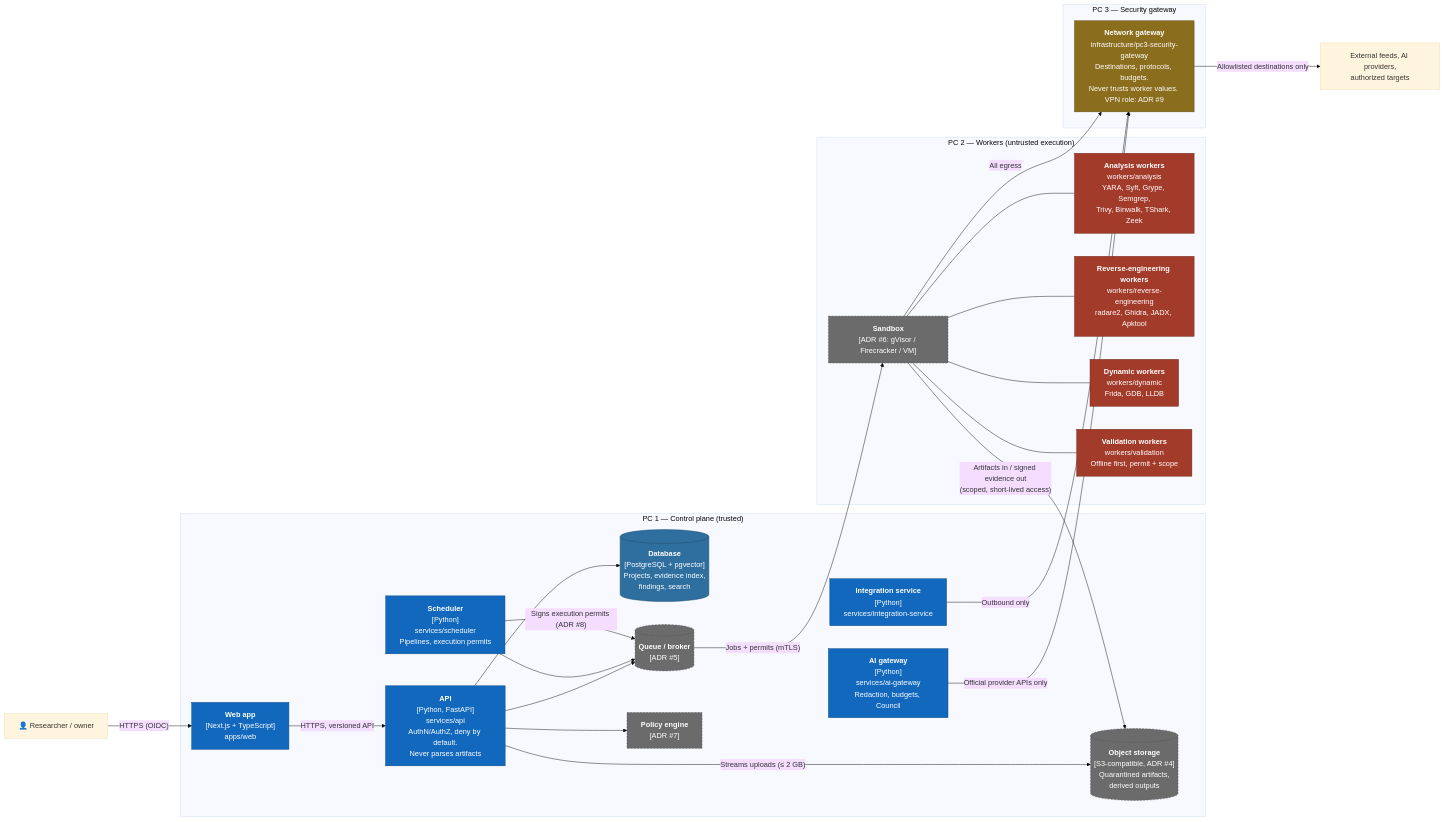
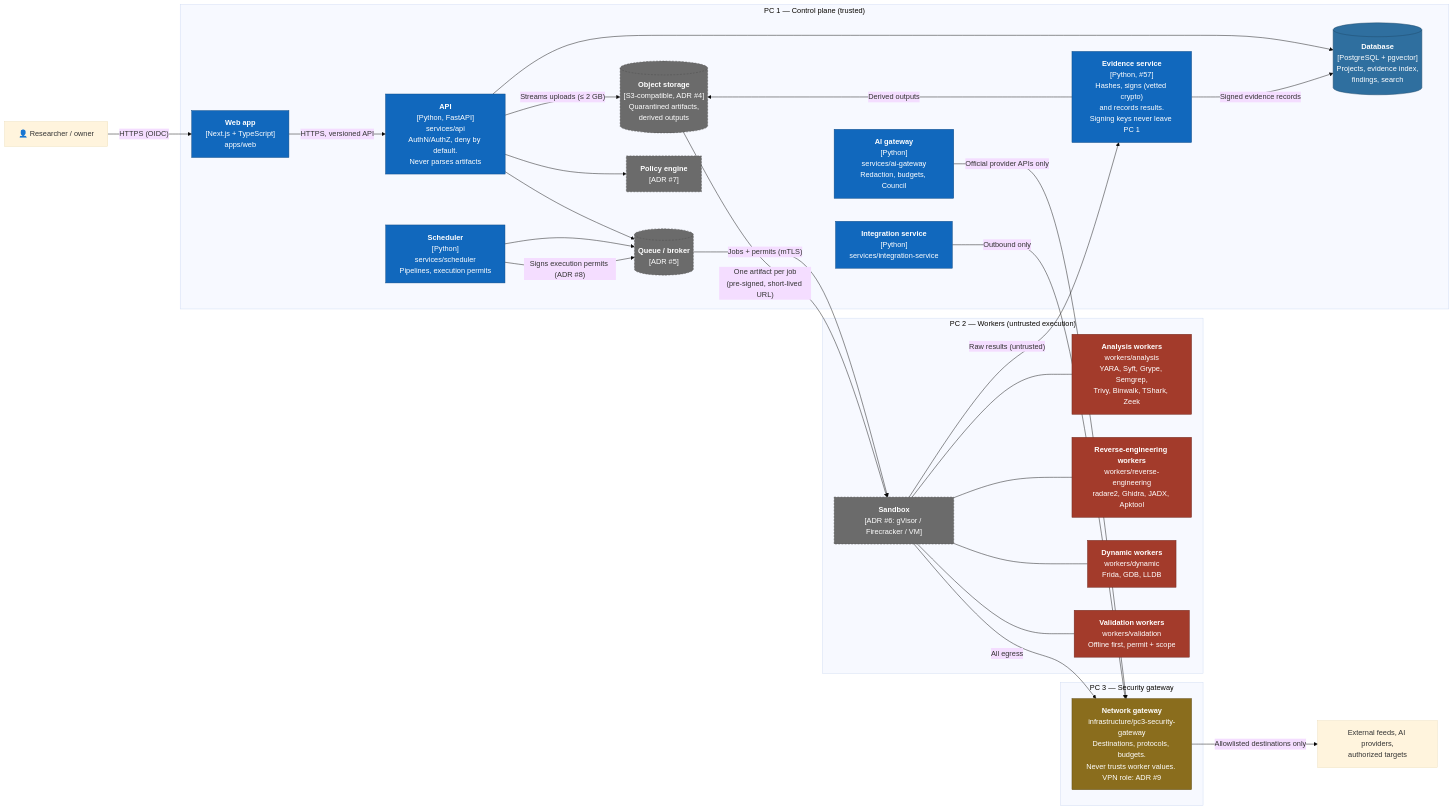
Before and after one commit to affan80/REX: the second of 2 diagrams in docs/architecture/overview.md, drawn with Mermaid (base theme). The commit also changed other lines of this file and 5 other files, not shown here.

````diff
--- a/docs/architecture/overview.md
+++ b/docs/architecture/overview.md
@@ -42,61 +42,65 @@
 ```mermaid
 flowchart LR
     user["👤 Researcher / owner"]
 
     subgraph PC1["PC 1 — Control plane (trusted)"]
         web["<b>Web app</b><br/>[Next.js + TypeScript]<br/>apps/web"]
         api["<b>API</b><br/>[Python, FastAPI]<br/>services/api<br/>AuthN/AuthZ, deny by default.<br/>Never parses artifacts"]
         sched["<b>Scheduler</b><br/>[Python]<br/>services/scheduler<br/>Pipelines, execution permits"]
         aigw["<b>AI gateway</b><br/>[Python]<br/>services/ai-gateway<br/>Redaction, budgets, Council"]
         integ["<b>Integration service</b><br/>[Python]<br/>services/integration-service"]
         db[("<b>Database</b><br/>[PostgreSQL + pgvector]<br/>Projects, evidence index,<br/>findings, search")]
         obj[("<b>Object storage</b><br/>[S3-compatible, ADR #4]<br/>Quarantined artifacts,<br/>derived outputs")]
         queue[("<b>Queue / broker</b><br/>[ADR #5]")]
         policy["<b>Policy engine</b><br/>[ADR #7]"]
+        evidence["<b>Evidence service</b><br/>[Python, #57]<br/>Hashes, signs (vetted crypto)<br/>and records results.<br/>Signing keys never leave PC 1"]
     end
 
     subgraph PC2["PC 2 — Workers (untrusted execution)"]
         sandbox["<b>Sandbox</b><br/>[ADR #6: gVisor / Firecracker / VM]"]
         wa["<b>Analysis workers</b><br/>workers/analysis<br/>YARA, Syft, Grype, Semgrep,<br/>Trivy, Binwalk, TShark, Zeek"]
         wre["<b>Reverse-engineering workers</b><br/>workers/reverse-engineering<br/>radare2, Ghidra, JADX, Apktool"]
         wdyn["<b>Dynamic workers</b><br/>workers/dynamic<br/>Frida, GDB, LLDB"]
         wval["<b>Validation workers</b><br/>workers/validation<br/>Offline first, permit + scope"]
     end
 
     subgraph PC3["PC 3 — Security gateway"]
         gw["<b>Network gateway</b><br/>infrastructure/pc3-security-gateway<br/>Destinations, protocols, budgets.<br/>Never trusts worker values. VPN role: ADR #9"]
     end
 
     ext["External feeds, AI providers,<br/>authorized targets"]
 
     user -- "HTTPS (OIDC)" --> web
     web -- "HTTPS, versioned API" --> api
     api --> db
     api -- "Streams uploads (≤ 2 GB)" --> obj
     api --> policy
     api --> queue
     sched --> queue
     sched -- "Signs execution permits (ADR #8)" --> queue
     aigw -- "Official provider APIs only" --> gw
     integ -- "Outbound only" --> gw
 
     queue -- "Jobs + permits (mTLS)" --> sandbox
     sandbox --- wa
     sandbox --- wre
     sandbox --- wdyn
     sandbox --- wval
-    sandbox -- "Artifacts in / signed evidence out<br/>(scoped, short-lived access)" --> obj
+    obj -- "One artifact per job<br/>(pre-signed, short-lived URL)" --> sandbox
+    sandbox -- "Raw results (untrusted)" --> evidence
+    evidence -- "Signed evidence records" --> db
+    evidence -- "Derived outputs" --> obj
     sandbox -- "All egress" --> gw
     gw -- "Allowlisted destinations only" --> ext
 
     classDef trusted fill:#1168bd,stroke:#0b4884,color:#fff
     classDef store fill:#2f6f9f,stroke:#1d4a6b,color:#fff
     classDef untrusted fill:#a33b2b,stroke:#6e271d,color:#fff
     classDef gateway fill:#8a6d1d,stroke:#5c4913,color:#fff
     classDef open fill:#6b6b6b,stroke:#4d4d4d,color:#fff,stroke-dasharray: 4 3
-    class web,api,sched,aigw,integ trusted
+    class web,api,sched,aigw,integ,evidence trusted
     class db store
     class wa,wre,wdyn,wval untrusted
     class gw gateway
     class obj,queue,policy,sandbox open
 ```
````
